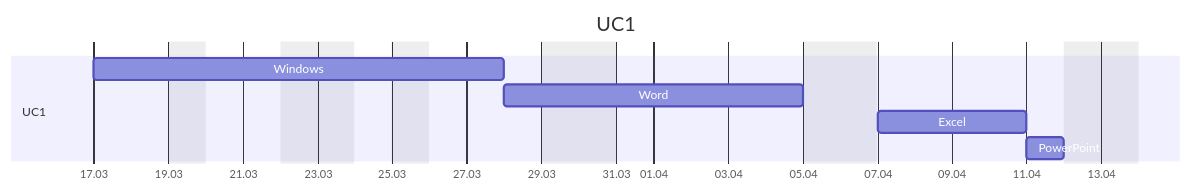
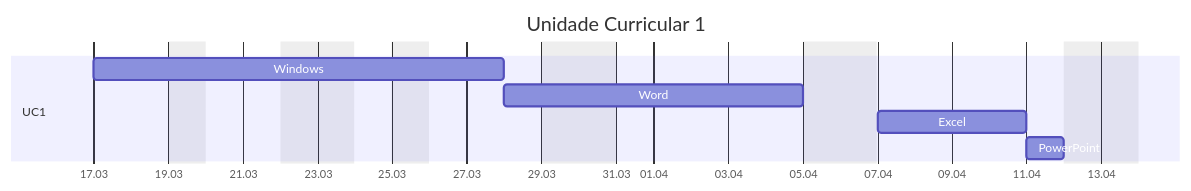
The diagram in src/site/notes/Assistente-de-TI.md (jocile/digitalgarden), drawn with Mermaid before and after one commit. The commit also changed other lines of this file and 1 other file, not shown here.

````diff
--- a/src/site/notes/Assistente-de-TI.md
+++ b/src/site/notes/Assistente-de-TI.md
@@ -38,12 +38,12 @@
 ```mermaid
 gantt
-     title UC1
+     title Unidade Curricular 1
      excludes Sat - Sun weekends, 19:03, 25:03
      dateFormat DD:MM
      axisFormat %d.%m
      section UC1
          Windows :a1, 17:03, 7d
          Word :a2,after a1, 6d
          Excel :a3, after a2, 4d
          PowerPoint :a4, after a3, 1d
 ```
````
